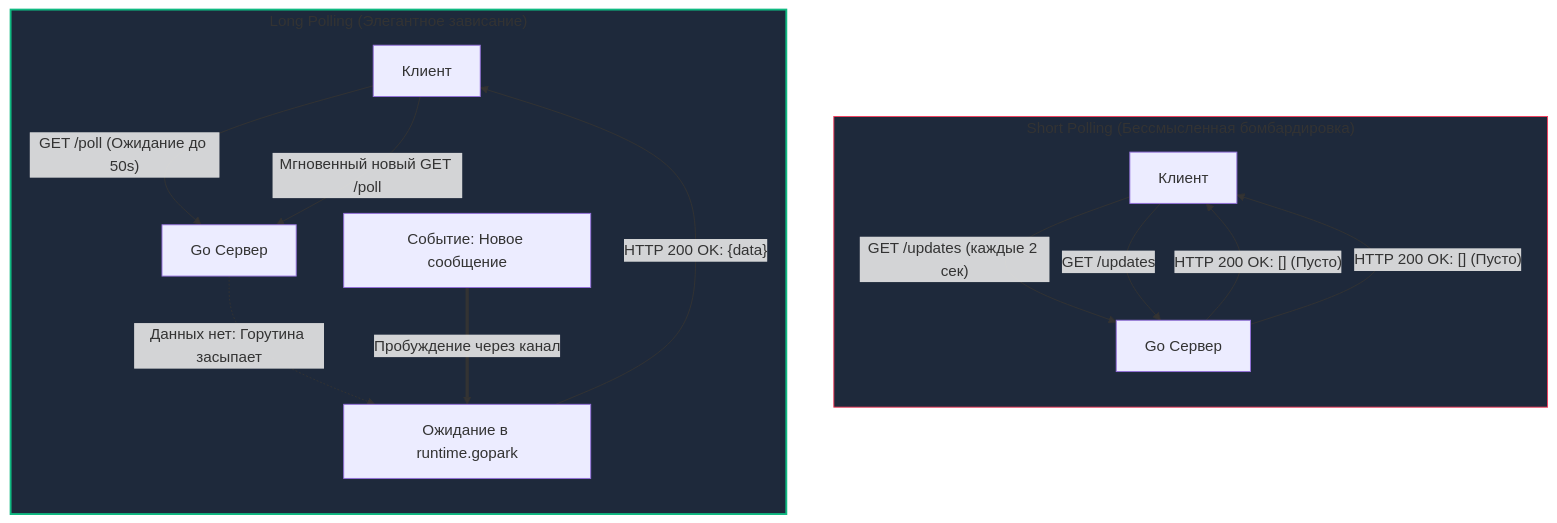
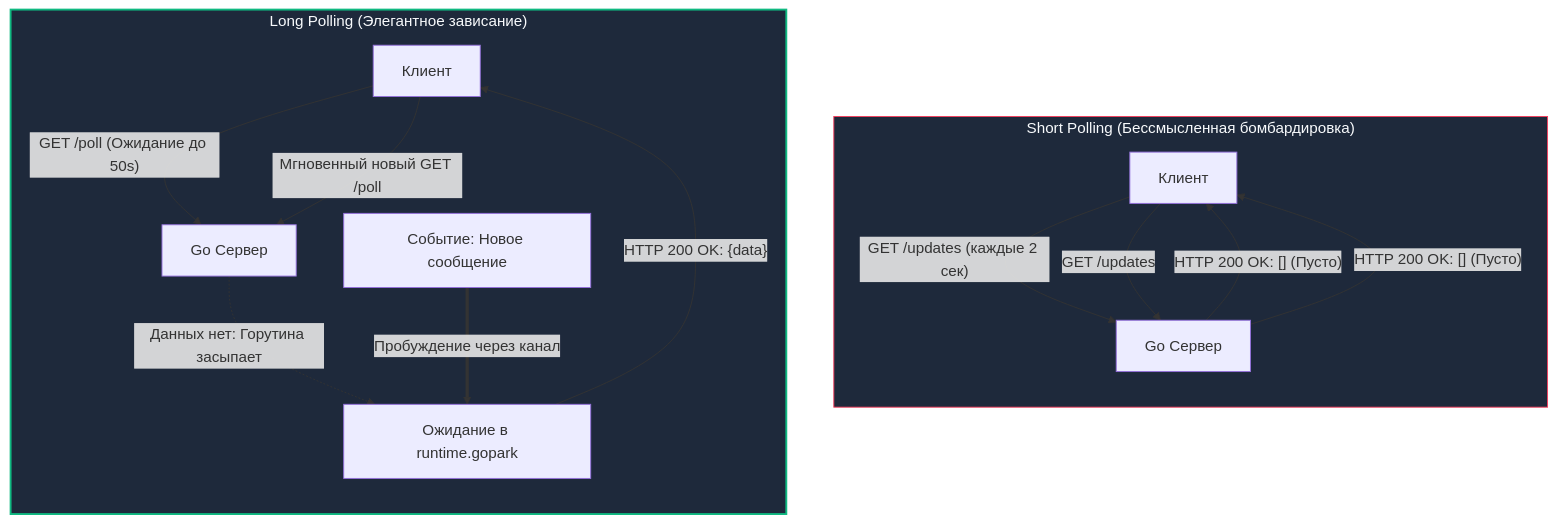
Before and after one commit to UnrealTemplier/go-textbook: the first of 3 diagrams in sources/10. Проектирование API и Сетевые протоколы/24. Long polling.md, drawn with Mermaid. The commit also changed other lines of this file and 310 other files, not shown here.

First line of the commit message:
fix(mermaid): replace light fill colors with dark palette for readability on dark theme

````diff
--- a/sources/10. Проектирование API и Сетевые протоколы/24. Long polling.md
+++ b/sources/10. Проектирование API и Сетевые протоколы/24. Long polling.md
@@ -28,22 +28,22 @@
 ```mermaid
 flowchart TD
     subgraph SP ["Short Polling (Бессмысленная бомбардировка)"]
         direction TB
         C1["Клиент"] -->|"GET /updates (каждые 2 сек)"| S1["Go Сервер"]
         S1 -->|"HTTP 200 OK: [] (Пусто)"| C1
         C1 -->|"GET /updates"| S1
         S1 -->|"HTTP 200 OK: [] (Пусто)"| C1
     end
 
     subgraph LP ["Long Polling (Элегантное зависание)"]
         direction TB
         C2["Клиент"] -->|"GET /poll (Ожидание до 50s)"| S2["Go Сервер"]
         S2 -.->|"Данных нет: Горутина засыпает"| W["Ожидание в runtime.gopark"]
         Ev["Событие: Новое сообщение"] ==>|"Пробуждение через канал"| W
         W -->|"HTTP 200 OK: {data}"| C2
         C2 -->|"Мгновенный новый GET /poll"| S2
     end
 
-    style SP fill:#1e293b,stroke:#f43f5e,stroke-width:1px
-    style LP fill:#1e293b,stroke:#10b981,stroke-width:2px
+    style SP fill:#1e293b,stroke:#f43f5e,stroke-width:1px,color:#f8fafc
+    style LP fill:#1e293b,stroke:#10b981,stroke-width:2px,color:#f8fafc
 ```
````
